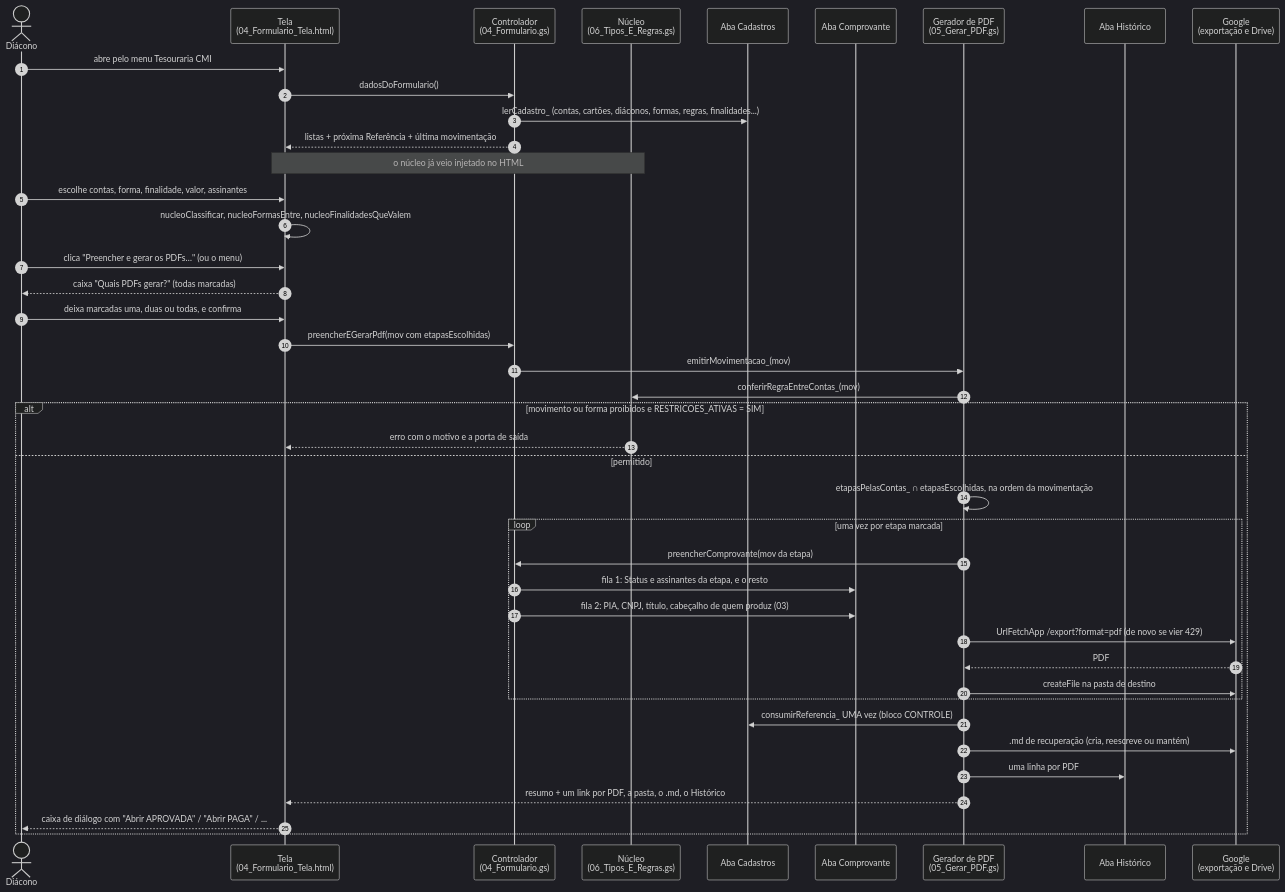
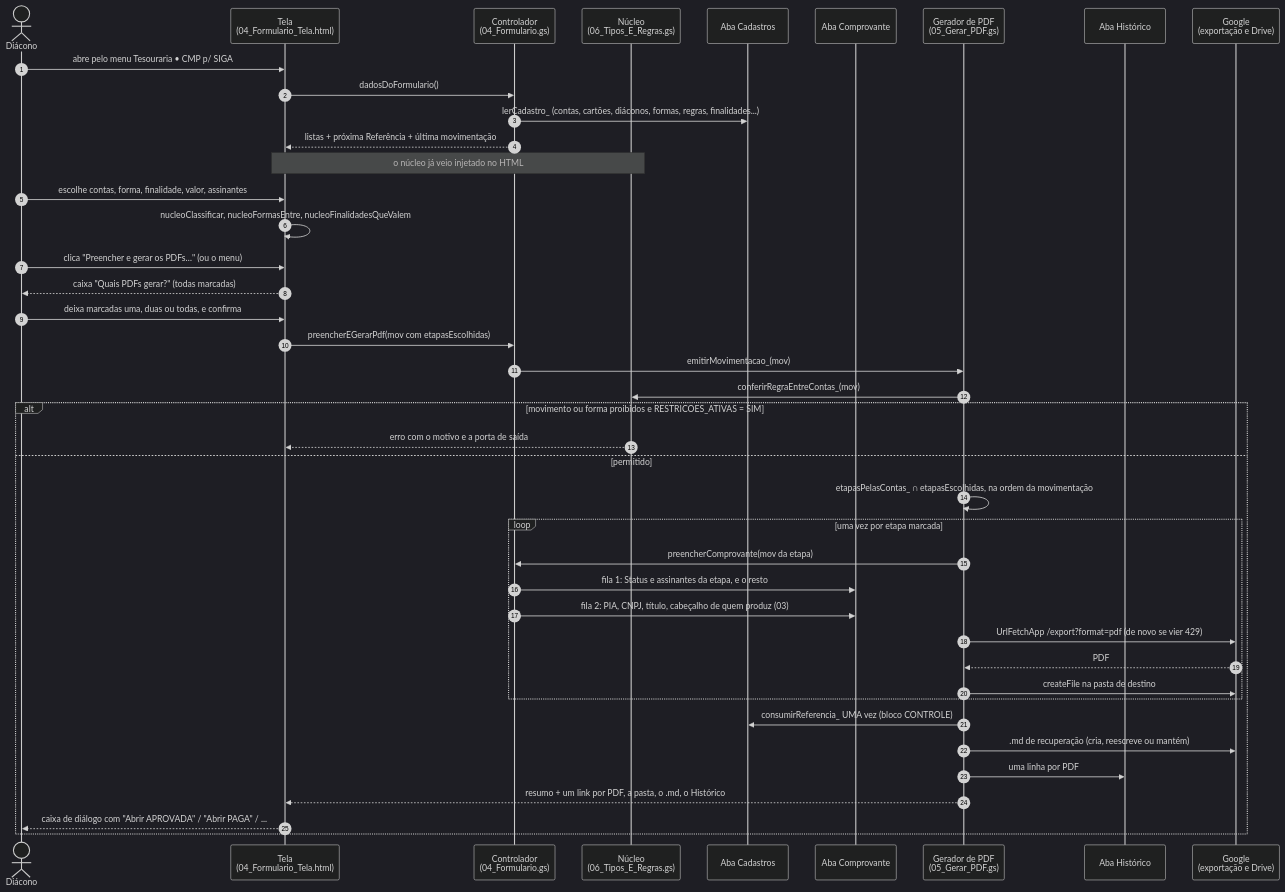
Before and after one commit to taynaves/gerador-cmi-tesouraria: the third of 4 diagrams in docs/ARQUITETURA.md, drawn with Mermaid (dark theme). The commit also changed other lines of this file and 17 other files, not shown here.

````diff
--- a/docs/ARQUITETURA.md
+++ b/docs/ARQUITETURA.md
@@ -123,45 +130,45 @@
 ```mermaid
 sequenceDiagram
   autonumber
   actor D as Diácono
   participant T as Tela<br/>(04_Formulario_Tela.html)
   participant F as Controlador<br/>(04_Formulario.gs)
   participant N as Núcleo<br/>(06_Tipos_E_Regras.gs)
   participant CA as Aba Cadastros
   participant CO as Aba Comprovante
   participant P as Gerador de PDF<br/>(05_Gerar_PDF.gs)
   participant H as Aba Histórico
   participant G as Google<br/>(exportação e Drive)
 
-  D->>T: abre pelo menu Tesouraria CMI
+  D->>T: abre pelo menu Tesouraria • CMP p/ SIGA
   T->>F: dadosDoFormulario()
   F->>CA: lerCadastro_ (contas, cartões, diáconos, formas, regras, finalidades...)
   F-->>T: listas + próxima Referência + última movimentação
   Note over T,N: o núcleo já veio injetado no HTML
   D->>T: escolhe contas, forma, finalidade, valor, assinantes
   T->>T: nucleoClassificar, nucleoFormasEntre, nucleoFinalidadesQueValem
   D->>T: clica "Preencher e gerar os PDFs…" (ou o menu)
   T-->>D: caixa "Quais PDFs gerar?" (todas marcadas)
   D->>T: deixa marcadas uma, duas ou todas, e confirma
   T->>F: preencherEGerarPdf(mov com etapasEscolhidas)
   F->>P: emitirMovimentacao_(mov)
   P->>N: conferirRegraEntreContas_(mov)
   alt movimento ou forma proibidos e RESTRICOES_ATIVAS = SIM
     N-->>T: erro com o motivo e a porta de saída
   else permitido
     P->>P: etapasPelasContas_ ∩ etapasEscolhidas, na ordem da movimentação
     loop uma vez por etapa marcada
       P->>F: preencherComprovante(mov da etapa)
       F->>CO: fila 1: Status e assinantes da etapa, e o resto
       F->>CO: fila 2: PIA, CNPJ, título, cabeçalho de quem produz (03)
       P->>G: UrlFetchApp /export?format=pdf (de novo se vier 429)
       G-->>P: PDF
       P->>G: createFile na pasta de destino
     end
     P->>CA: consumirReferencia_ UMA vez (bloco CONTROLE)
     P->>G: .md de recuperação (cria, reescreve ou mantém)
     P->>H: uma linha por PDF
     P-->>T: resumo + um link por PDF, a pasta, o .md, o Histórico
     T-->>D: caixa de diálogo com "Abrir APROVADA" / "Abrir PAGA" / ...
   end
 ```
````
